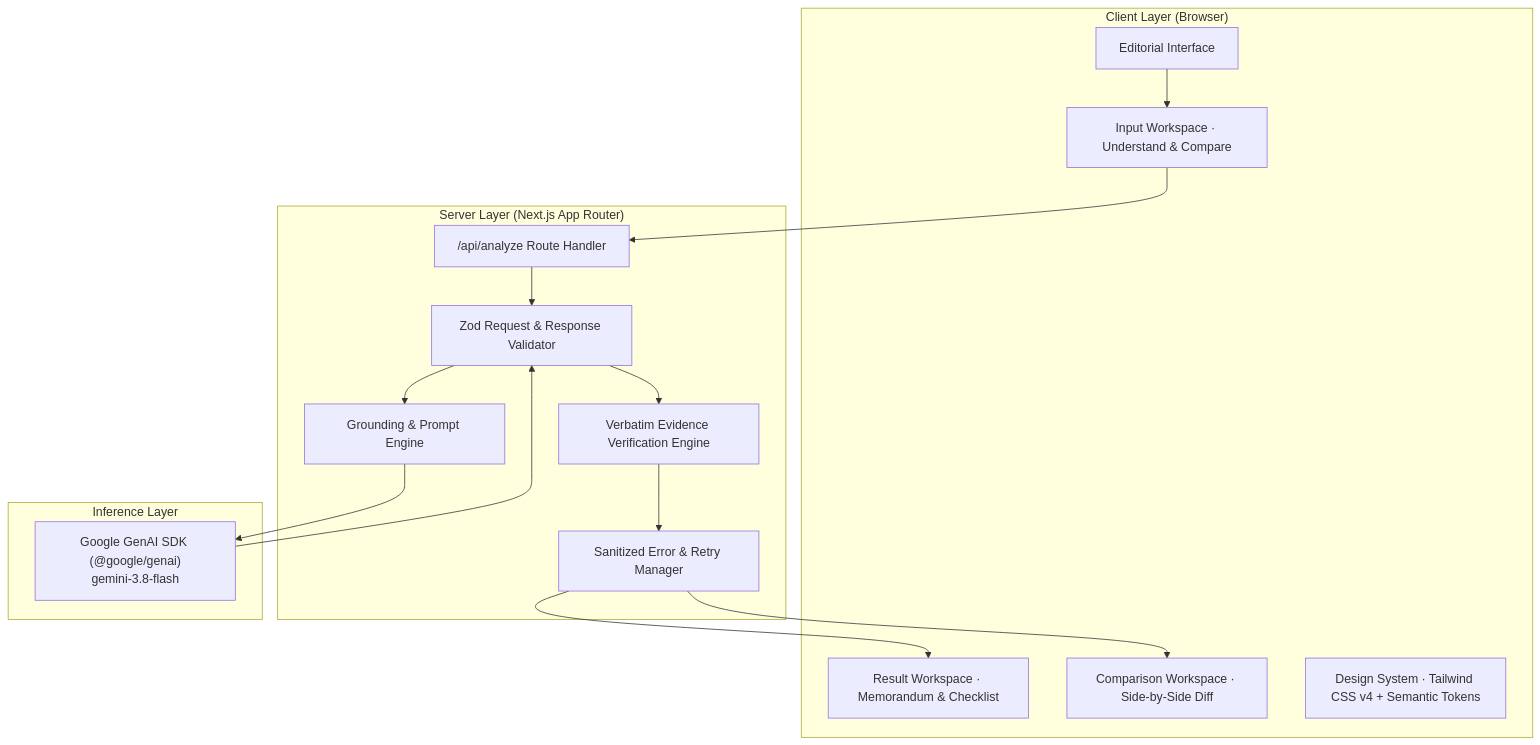
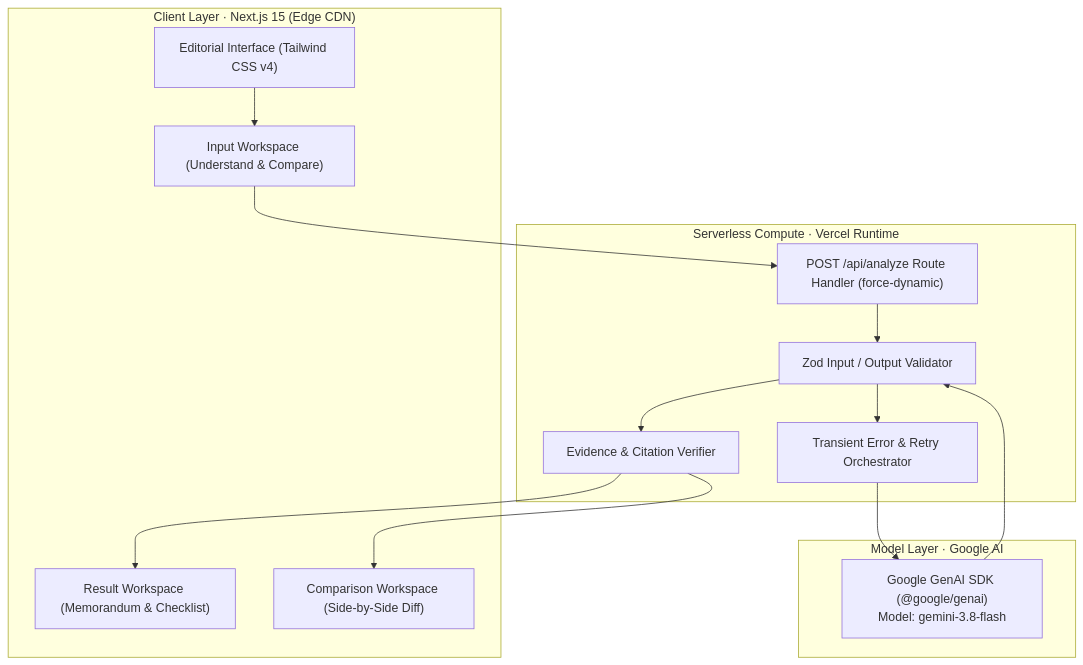
Before and after one commit to tanush326k/ClauseLens: the third of 4 diagrams in README.md, drawn with Mermaid. The commit also changed other lines of this file, not shown here.

Commit message:
docs: enrich architecture diagrams, pipeline explanations, and professional styling

````diff
--- a/README.md
+++ b/README.md
@@ -64,33 +117,30 @@
 ```mermaid
 flowchart TD
-    subgraph Client ["Client Layer (Browser)"]
-        UI[Editorial Interface]
-        IW[Input Workspace · Understand & Compare]
-        RW[Result Workspace · Memorandum & Checklist]
-        CW[Comparison Workspace · Side-by-Side Diff]
-        DS[Design System · Tailwind CSS v4 + Semantic Tokens]
+    subgraph ClientLayer ["Client Layer · Next.js 15 (Edge CDN)"]
+        UI["Editorial Interface (Tailwind CSS v4)"]
+        IW["Input Workspace (Understand & Compare)"]
+        RW["Result Workspace (Memorandum & Checklist)"]
+        CW["Comparison Workspace (Side-by-Side Diff)"]
     end
 
-    subgraph Server ["Server Layer (Next.js App Router)"]
-        API["/api/analyze Route Handler"]
-        VAL[Zod Request & Response Validator]
-        ENG[Grounding & Prompt Engine]
-        EV[Verbatim Evidence Verification Engine]
-        ERR[Sanitized Error & Retry Manager]
+    subgraph ServerLayer ["Serverless Compute · Vercel Runtime"]
+        API["POST /api/analyze Route Handler (force-dynamic)"]
+        VAL["Zod Input / Output Validator"]
+        VER["Evidence & Citation Verifier"]
+        RET["Transient Error & Retry Orchestrator"]
     end
 
-    subgraph External ["Inference Layer"]
-        GEMINI["Google GenAI SDK (@google/genai)<br/>gemini-3.8-flash"]
+    subgraph InferenceLayer ["Model Layer · Google AI"]
+        GEMINI["Google GenAI SDK (@google/genai)<br/>Model: gemini-3.8-flash"]
     end
 
     UI --> IW
     IW --> API
     API --> VAL
-    VAL --> ENG
-    ENG --> GEMINI
+    VAL --> RET
+    RET --> GEMINI
     GEMINI --> VAL
-    VAL --> EV
-    EV --> ERR
-    ERR --> RW
-    ERR --> CW
+    VAL --> VER
+    VER --> RW
+    VER --> CW
 ```
````
